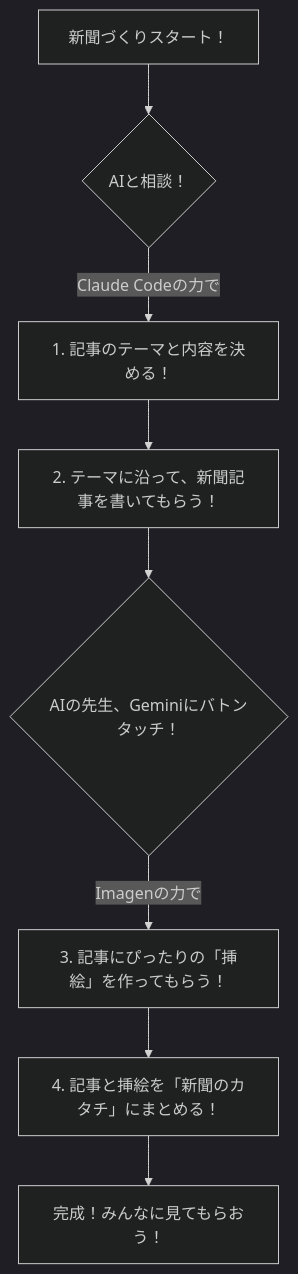
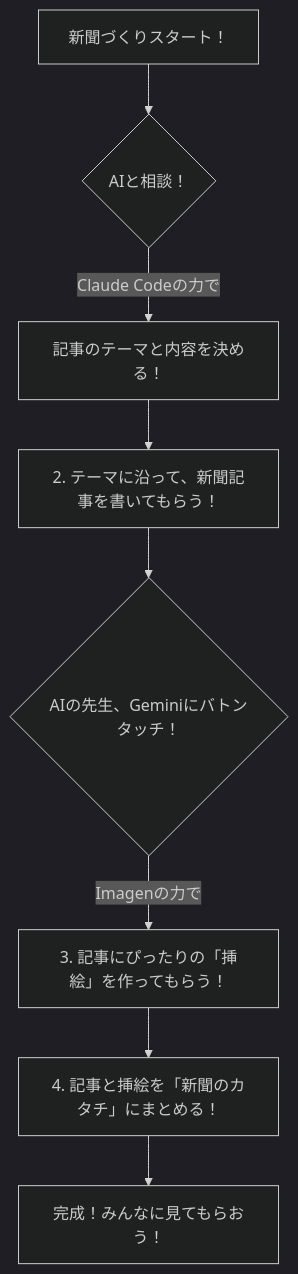
Before and after one commit to mizunadad/claude-code-test: the diagram in mkNewsPaper_minato.md, drawn with Mermaid (dark theme).

````diff
--- a/mkNewsPaper_minato.md
+++ b/mkNewsPaper_minato.md
@@ -1,10 +1,10 @@
 ```mermaid
 graph TD
     A[新聞づくりスタート！] --> B{AIと相談！};
-    B -- Claude Codeの力で --> C[1. 記事のテーマと内容を決める！];
+    B -- Claude Codeの力で --> C[記事のテーマと内容を決める！];
     C --> D[2. テーマに沿って、新聞記事を書いてもらう！];
     D --> E{AIの先生、Geminiにバトンタッチ！};
     E -- Imagenの力で --> F[3. 記事にぴったりの「挿絵」を作ってもらう！];
     F --> G[4. 記事と挿絵を「新聞のカタチ」にまとめる！];
     G --> H[完成！みんなに見てもらおう！];
 ```
````
